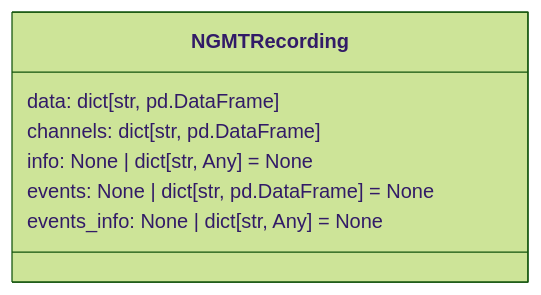
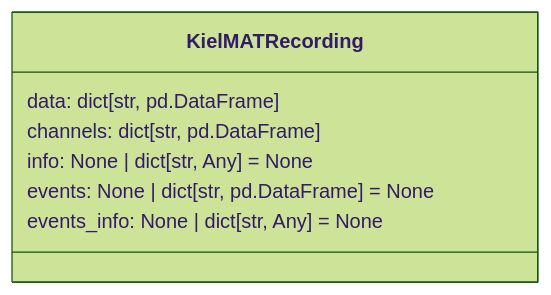
Before and after one commit to neurogeriatricskiel/KielMAT: the diagram in docs/index.md, drawn with Mermaid (forest theme). The commit also changed other lines of this file and 64 other files, not shown here.

````diff
--- a/docs/index.md
+++ b/docs/index.md
@@ -37,11 +37,11 @@
 ```mermaid
 classDiagram
-   class NGMTRecording {
+   class KielMATRecording {
       data: dict[str, pd.DataFrame]
       channels: dict[str, pd.DataFrame]
       info: None | dict[str, Any] = None
       events: None | dict[str, pd.DataFrame] = None
       events_info: None | dict[str, Any] = None
    }
 
 ```
````
